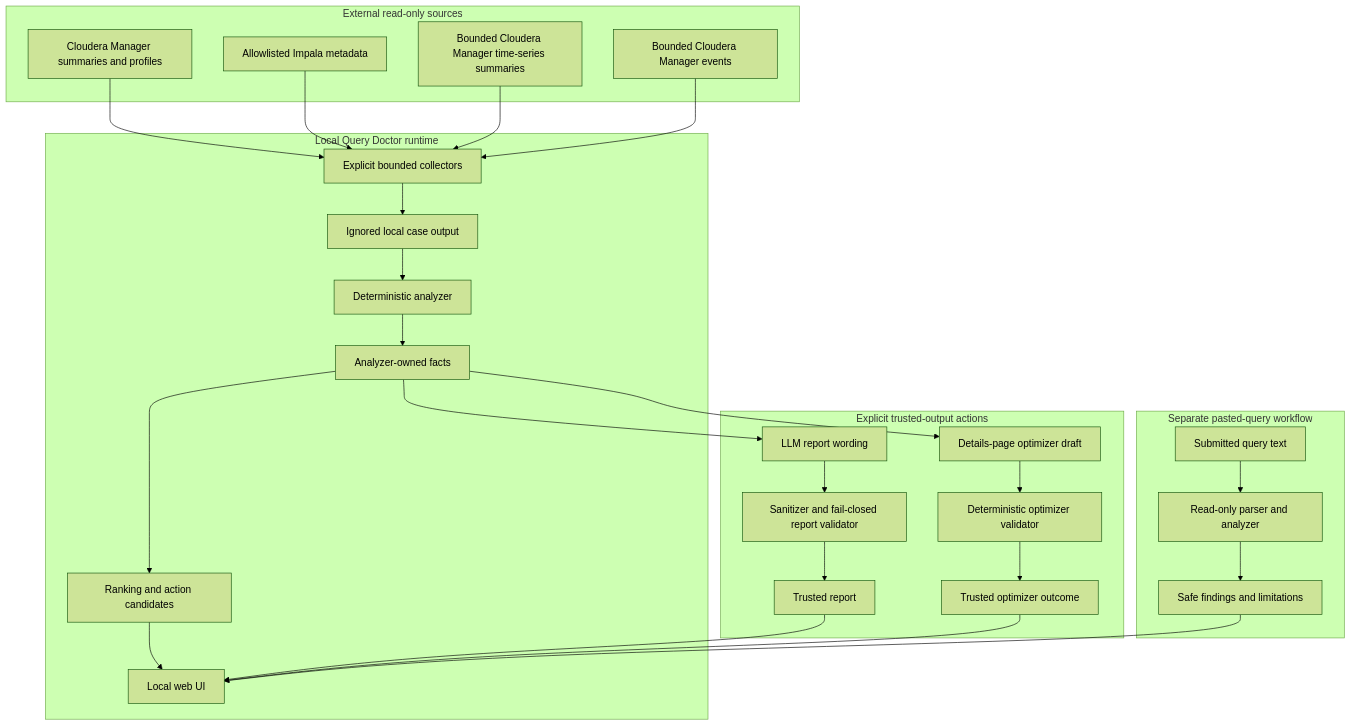
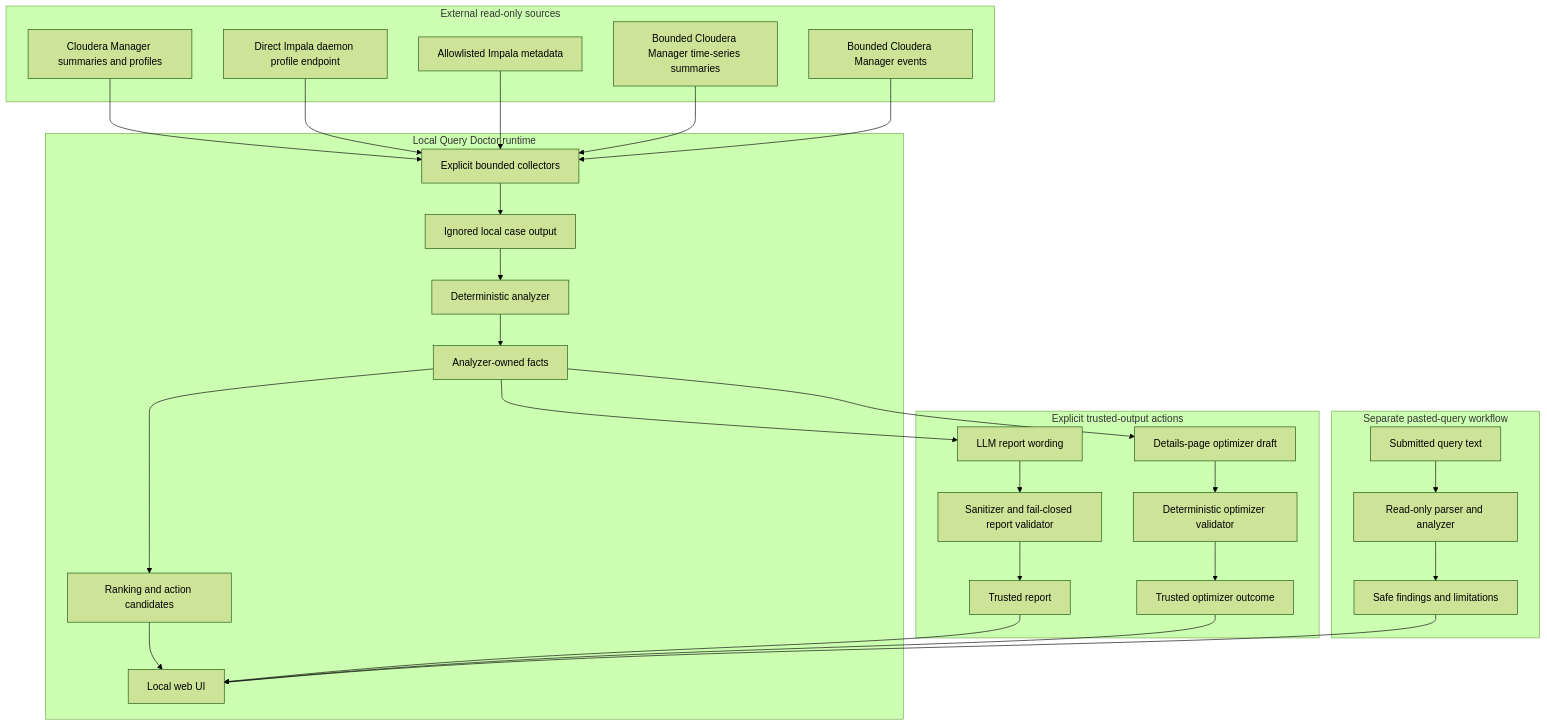
Before and after one commit to alexandrefimov/Query-Doctor: the first of 2 diagrams in docs/architecture.md, drawn with Mermaid (forest theme). The commit also changed other lines of this file and 2 other files, not shown here.

Commit message:
Refresh Impala profile docs baseline

````diff
--- a/docs/architecture.md
+++ b/docs/architecture.md
@@ -14,54 +14,56 @@
 ```mermaid
 flowchart TD
     subgraph External["External read-only sources"]
         CM[Cloudera Manager summaries and profiles]
+        ImpalaDaemon[Direct Impala daemon profile endpoint]
         ImpalaMeta[Allowlisted Impala metadata]
         CMMetrics[Bounded Cloudera Manager time-series summaries]
         CMEvents[Bounded Cloudera Manager events]
     end
 
     subgraph Local["Local Query Doctor runtime"]
         Collector[Explicit bounded collectors]
         CaseStore[Ignored local case output]
         Analyzer[Deterministic analyzer]
         Facts[Analyzer-owned facts]
         Ranking[Ranking and action candidates]
         WebUI[Local web UI]
     end
 
     subgraph Trust["Explicit trusted-output actions"]
         ReportWriter[LLM report wording]
         ReportValidator[Sanitizer and fail-closed report validator]
         TrustedReport[Trusted report]
         OptimizerDraft[Details-page optimizer draft]
         OptimizerValidator[Deterministic optimizer validator]
         TrustedOptimizer[Trusted optimizer outcome]
     end
 
     subgraph Pasted["Separate pasted-query workflow"]
         PastedInput[Submitted query text]
         QueryParser[Read-only parser and analyzer]
         QueryFindings[Safe findings and limitations]
     end
 
     CM --> Collector
+    ImpalaDaemon --> Collector
     ImpalaMeta --> Collector
     CMMetrics --> Collector
     CMEvents --> Collector
     Collector --> CaseStore
     CaseStore --> Analyzer
     Analyzer --> Facts
     Facts --> Ranking
     Ranking --> WebUI
     Facts --> ReportWriter
     ReportWriter --> ReportValidator
     ReportValidator --> TrustedReport
     TrustedReport --> WebUI
     Facts --> OptimizerDraft
     OptimizerDraft --> OptimizerValidator
     OptimizerValidator --> TrustedOptimizer
     TrustedOptimizer --> WebUI
     PastedInput --> QueryParser
     QueryParser --> QueryFindings
     QueryFindings --> WebUI
 ```
````
